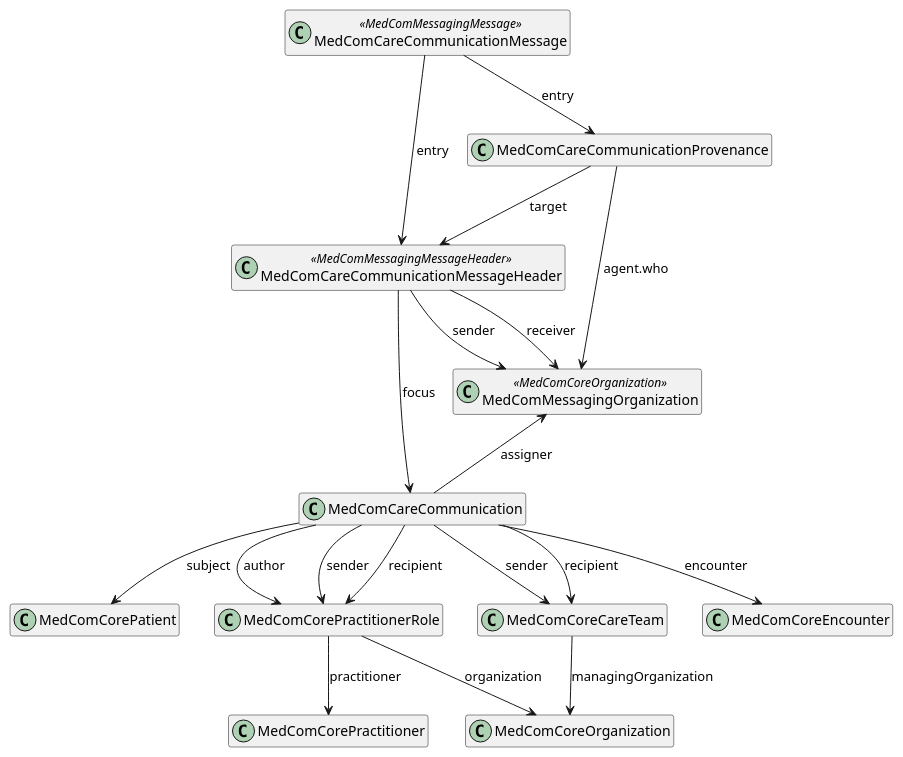
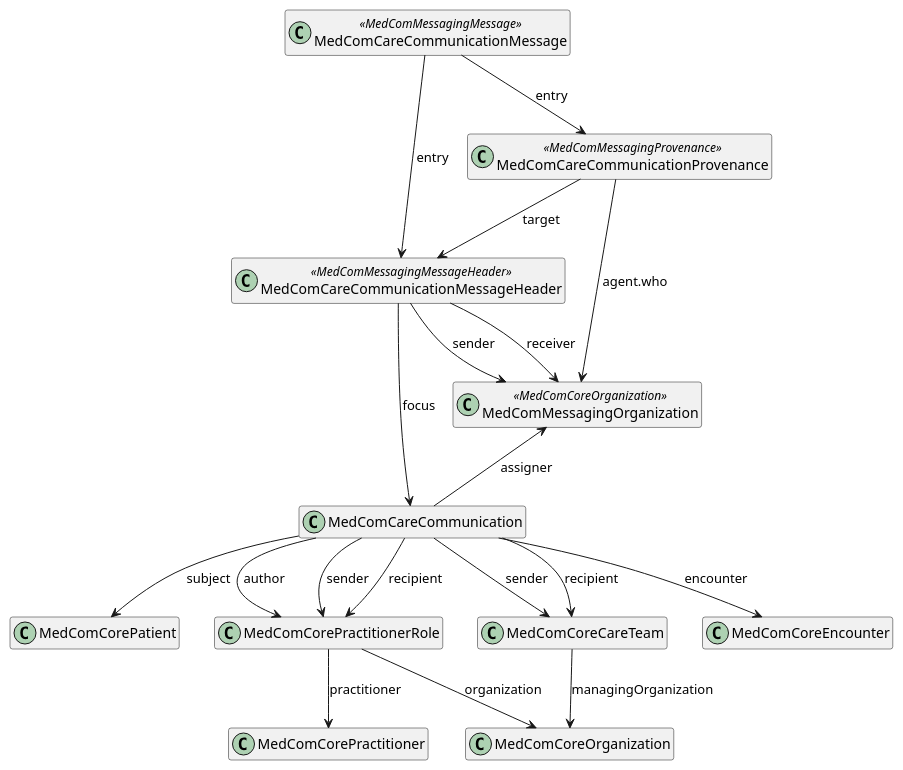
Before and after one commit to medcomdk/dk-medcom-carecommunication: the diagram in puml/CareCommunication.puml, drawn with PlantUML. The commit also changed 1 other file, not shown here.

Commit message:
Added enharitance for provenance in UML diagram

```diff
--- a/puml/CareCommunication.puml
+++ b/puml/CareCommunication.puml
@@ -1,39 +1,39 @@
 @startuml CareCommunication
 
 hide empty members
 
 top to bottom direction
 
 class "MedComCareCommunicationMessage" as message <<MedComMessagingMessage>>
 class "MedComCareCommunicationMessageHeader" as messageheader <<MedComMessagingMessageHeader>>
-class "MedComCareCommunicationProvenance" as provenance
+class "MedComCareCommunicationProvenance" as provenance <<MedComMessagingProvenance>>
 class "MedComMessagingOrganization" as messagingOrganization <<MedComCoreOrganization>>
 class "MedComCareCommunication" as communication
 class "MedComCorePatient" as patient
 class "MedComCorePractitionerRole" as pracRole
 class "MedComCoreCareTeam" as careteam
 class "MedComCorePractitioner" as author
 class "MedComCoreEncounter" as encounter
 class "MedComCoreOrganization" as organization
 
 message --> messageheader : "entry"
 messageheader --> communication : "focus"
 communication --> patient : "subject"
 communication --> pracRole : "author"
 message --> provenance : "entry"
 provenance --> messageheader : "target" 
 provenance --> messagingOrganization : "agent.who"
 communication --> careteam : "sender"
 communication --> careteam : "recipient"
 communication --> pracRole : "sender"
 communication --> pracRole : "recipient"
 messagingOrganization <-- communication : "assigner"
 pracRole --> author : "practitioner"
 pracRole --> organization : "organization"
 careteam --> organization : "managingOrganization"
 communication --> encounter : "encounter"
 
 
 messageheader --> messagingOrganization : "receiver"
 messageheader --> messagingOrganization : "sender"
 @enduml
```
